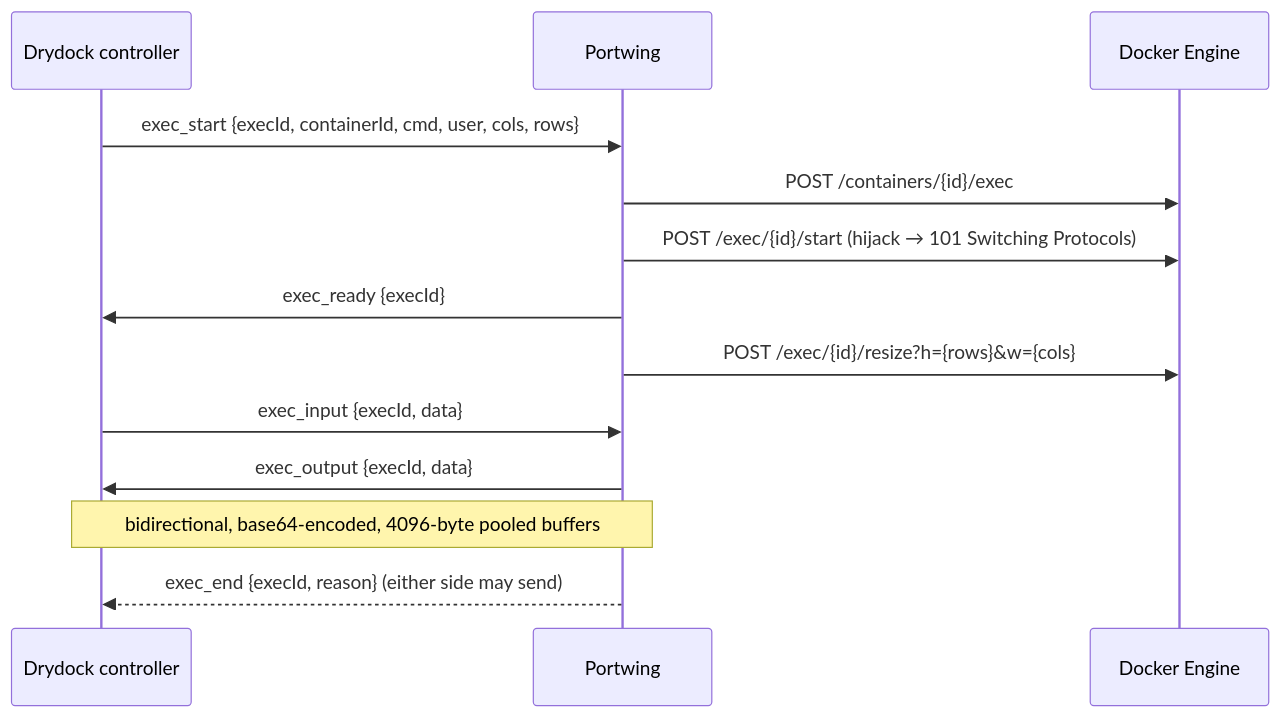
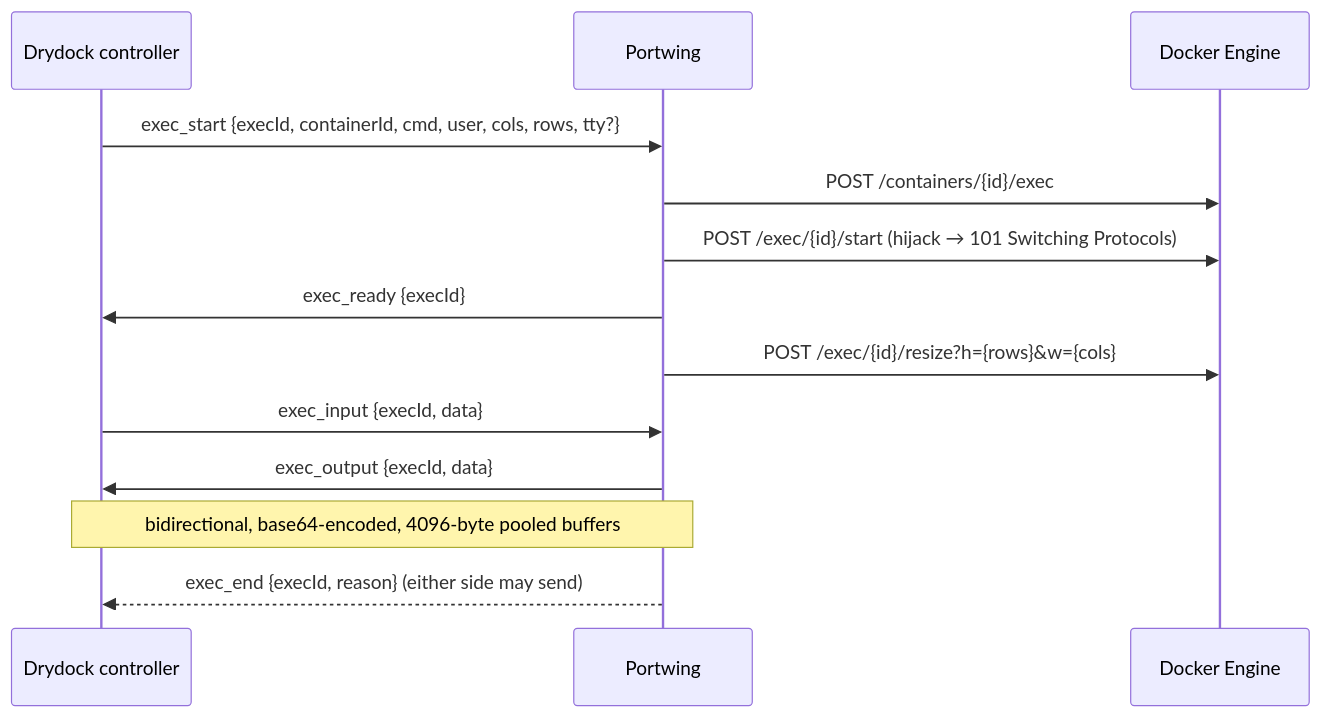
Before and after one commit to CodesWhat/portwing: the third of 3 diagrams in SPEC.md, drawn with Mermaid. The commit also changed other lines of this file and 20 other files, not shown here.

````diff
--- a/SPEC.md
+++ b/SPEC.md
@@ -253,15 +255,15 @@
 ```mermaid
 sequenceDiagram
     participant D as Drydock controller
     participant L as Portwing
     participant E as Docker Engine
-    D->>L: exec_start {execId, containerId, cmd, user, cols, rows}
+    D->>L: exec_start {execId, containerId, cmd, user, cols, rows, tty?}
     L->>E: POST /containers/{id}/exec
     L->>E: POST /exec/{id}/start (hijack → 101 Switching Protocols)
     L->>D: exec_ready {execId}
     L->>E: POST /exec/{id}/resize?h={rows}&w={cols}
     D->>L: exec_input {execId, data}
     L->>D: exec_output {execId, data}
     Note over D,L: bidirectional, base64-encoded, 4096-byte pooled buffers
     L-->>D: exec_end {execId, reason} (either side may send)
 ```
````
